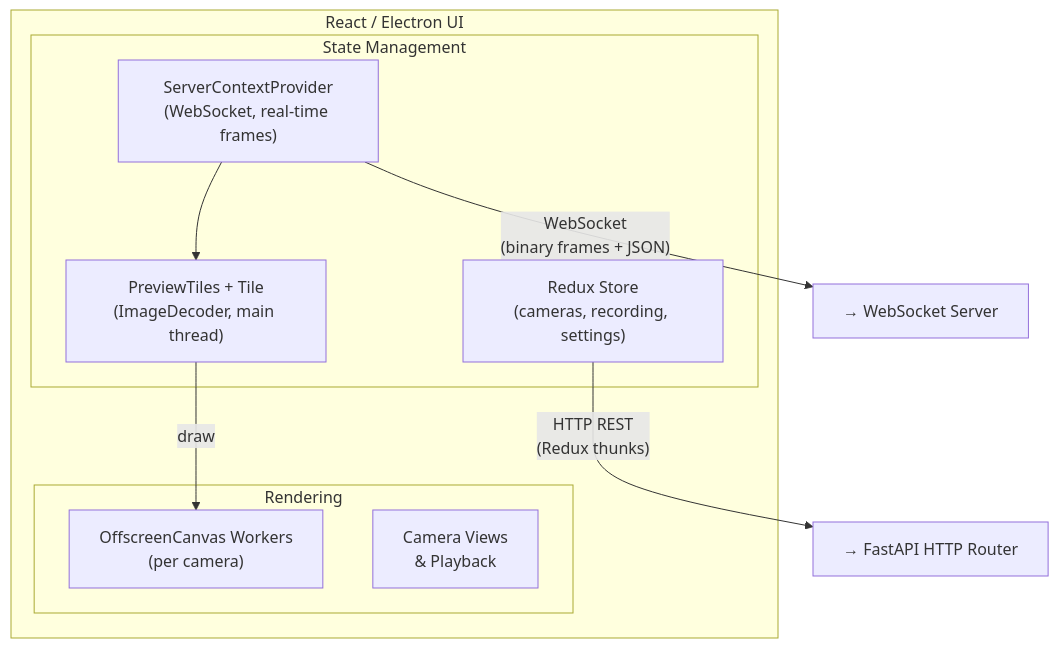
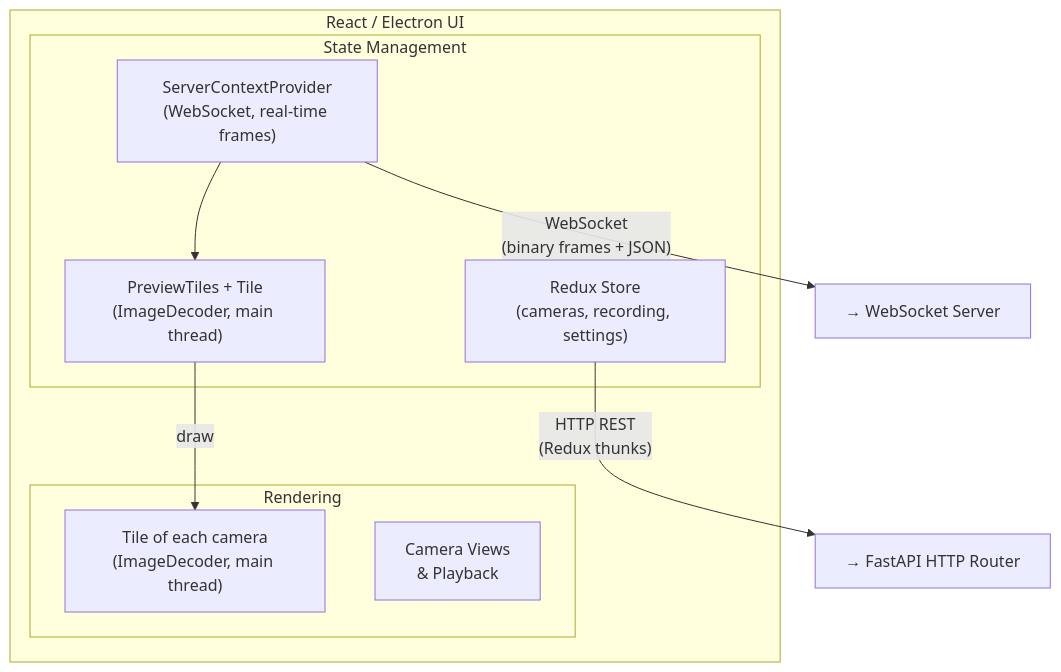
Before and after one commit to domisjustanumber/skellycam: the first of 3 diagrams in skellycam-docs/docs/technical/architecture.mdx, drawn with Mermaid. The commit also changed 9 other files, not shown here.

````diff
--- a/skellycam-docs/docs/technical/architecture.mdx
+++ b/skellycam-docs/docs/technical/architecture.mdx
@@ -31,20 +31,20 @@
 ```mermaid
 graph TB
     subgraph UI ["React / Electron UI"]
         subgraph Rendering ["Rendering"]
-            Canvas["OffscreenCanvas Workers\n(per camera)"]
+            Canvas["Tile of each camera\n(ImageDecoder, main thread)"]
             Views["Camera Views\n& Playback"]
         end
 
         subgraph State ["State Management"]
             Redux["Redux Store\n(cameras, recording, settings)"]
             SCP["ServerContextProvider\n(WebSocket, real-time frames)"]
             FP["PreviewTiles + Tile\n(ImageDecoder, main thread)"]
         end
     end
 
     Redux -- "HTTP REST\n(Redux thunks)" --> HTTP_target["→ FastAPI HTTP Router"]
     SCP -- "WebSocket\n(binary frames + JSON)" --> WS_target["→ WebSocket Server"]
     SCP --> FP
     FP -- "draw" --> Canvas
 ```
````
